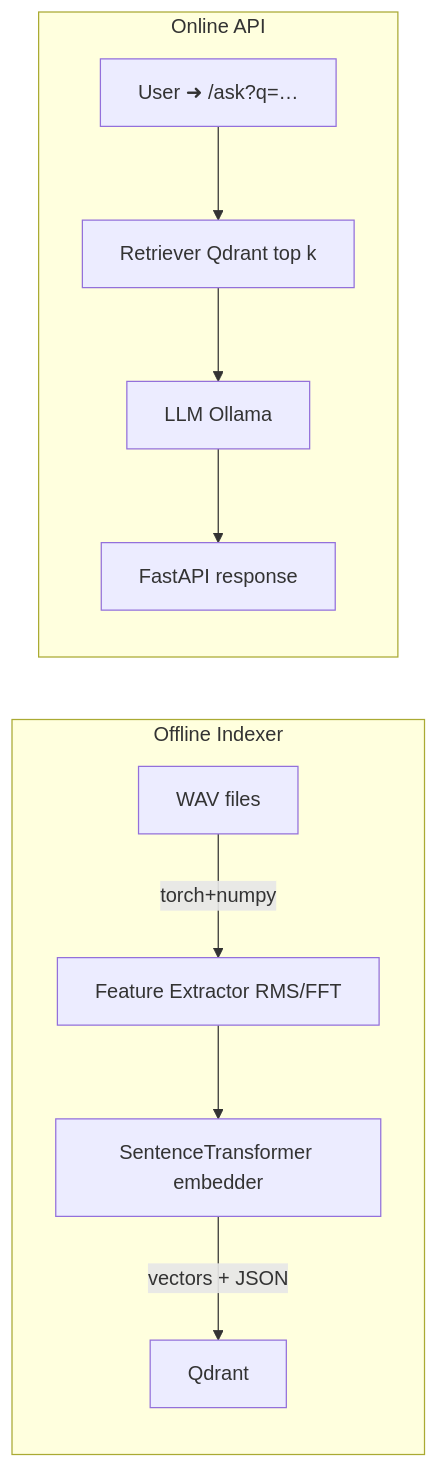
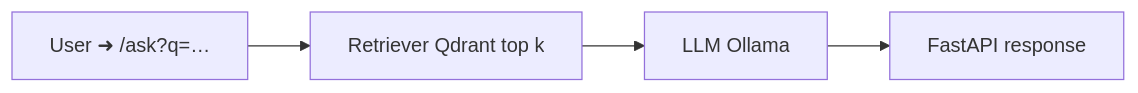
One commit to sylvainbonnot/industrial-audio-rag changed the second of 2 diagrams in README.md. Above: the diagram before and after it, drawn with Mermaid. The commit also changed other lines of this file, not shown here.

````diff
--- a/README.md
+++ b/README.md
@@ -64,14 +68,7 @@
 ```mermaid
 flowchart LR
-    subgraph Offline Indexer
-        A[WAV files]-->|torch+numpy|B
-        B[Feature Extractor RMS/FFT] --> C[SentenceTransformer embedder]
-        C -->|vectors + JSON| D[Qdrant]
-    end
-
-    subgraph Online API
         E[User ➜ /ask?q=…]--> F[Retriever Qdrant top k]
         F --> G[LLM Ollama]
         G --> H[FastAPI response]
-    end
+    
 ```
````
